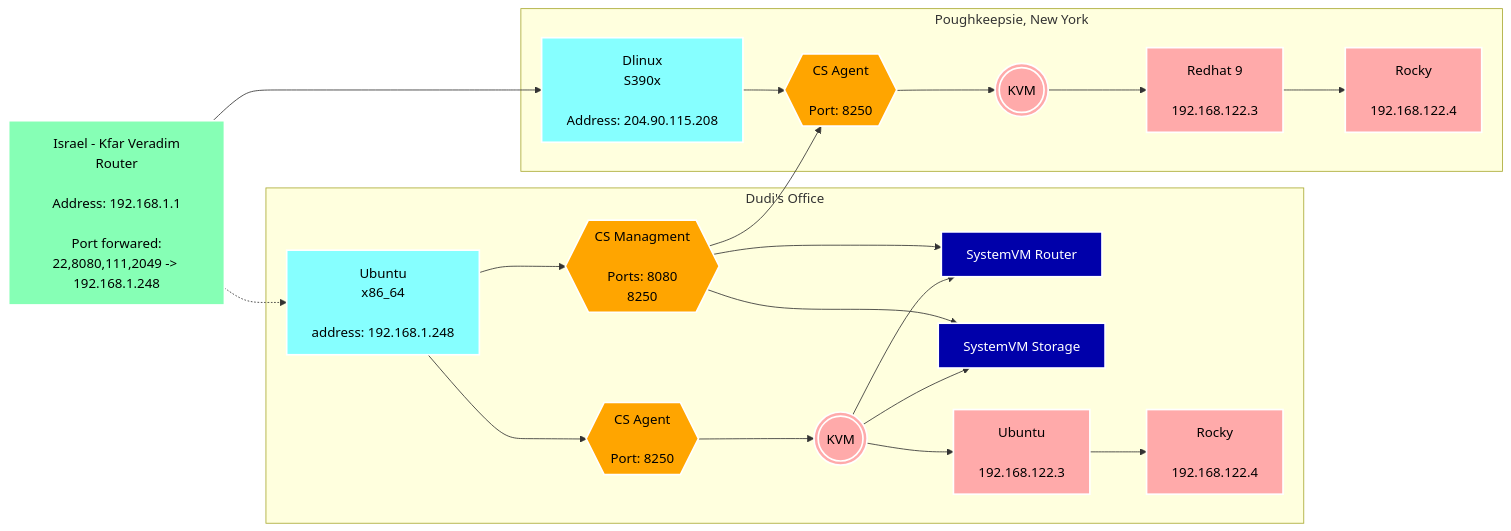
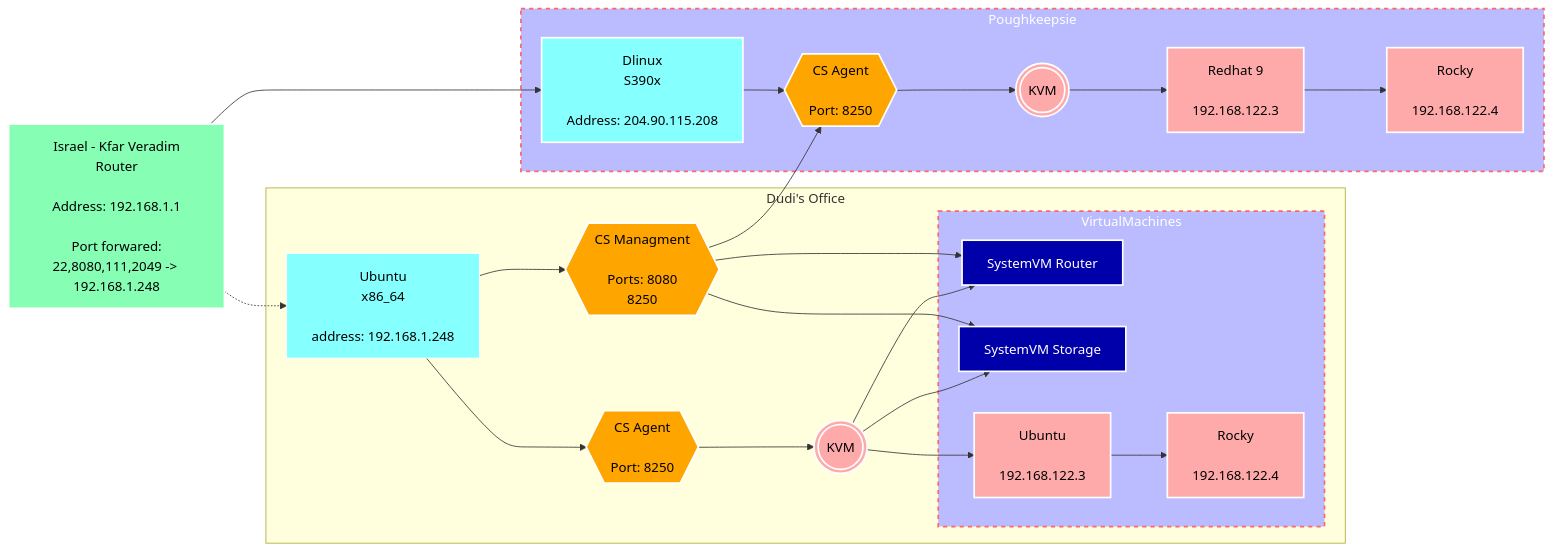
Before and after one commit to davidb-logon/scripts: the first of 2 diagrams in README.md, drawn with Mermaid. The commit also changed other lines of this file and 2 other files, not shown here.

````diff
--- a/README.md
+++ b/README.md
@@ -3,56 +3,60 @@
 ```mermaid
-
 flowchart LR
   node_1["Israel - Kfar Veradim\nRouter\n\nAddress: 192.168.1.1\n\nPort forwared:\n22,8080,111,2049 -#gt; 192.168.1.248"]
 
   subgraph Dudi's Office
     node_2["Ubuntu\nx86_64\n\naddress: 192.168.1.248"]
     node_4((("KVM")))
-    node_6["SystemVM Router"]
-    node_7["SystemVM Storage"]
     node_14{{"CS Managment\n\nPorts: 8080\n8250"}}
     node_15{{"CS Agent\n\nPort: 8250"}}
-    node_8["Ubuntu\n\n192.168.122.3"]
-    node_12["Rocky\n\n192.168.122.4"]
+ 
+    subgraph VirtualMachines
+      node_6["SystemVM Router"]
+      node_7["SystemVM Storage"]
+      node_8["Ubuntu\n\n192.168.122.3"]
+      node_12["Rocky\n\n192.168.122.4"]
+    end
   end
 
-  subgraph "Poughkeepsie, New York"
+  subgraph Poughkeepsie
     node_3["Dlinux\nS390x\n\nAddress: 204.90.115.208"]
     node_11["Redhat 9\n\n192.168.122.3"]
     node_13["Rocky\n\n192.168.122.4"]
     node_5((("KVM")))
     node_16{{"CS Agent\n\nPort: 8250"}}
   end
-    
+ style Poughkeepsie fill:#bbf,stroke:#f66,stroke-width:2px,color:#fff,stroke-dasharray: 5 5    
+ style VirtualMachines fill:#bbf,stroke:#f66,stroke-width:2px,color:#fff,stroke-dasharray: 5 5    
+ 
   node_1 -.-> node_2
   node_1 --> node_3
   node_4 --> node_6
   node_4 --> node_7
   node_4 --> node_8
   node_5 --> node_11
   node_8 --> node_12
   node_11 --> node_13
   node_2 --> node_14
   node_14 --> node_6
   node_14 --> node_7
   node_14 --> node_16
   node_2 --> node_15
   node_15 --> node_4
   node_3 --> node_16
   node_16 --> node_5
   style node_1 fill:#86FFB5,color:#000,stroke:#fff,stroke-width:2px
-  style node_2 fill:#86FFff,color:#000,stroke:#fff,stroke-width:2px
+  style node_2 fill:#86FFff,color:#000,stroke:#fff,vstroke-width:2px
   style node_3 fill:#86FFff,color:#000,stroke:#fff,stroke-width:2px
   style node_4 fill:#ffaaaa,color:#000,stroke:#fff,stroke-width:2px
   style node_5 fill:#ffaaaa,color:#000,stroke:#fff,stroke-width:2px
   style node_6 fill:#0000aa,color:#fff,stroke:#fff,stroke-width:2px
   style node_7 fill:#0000aa,color:#fff,stroke:#fff,stroke-width:2px
   style node_8 fill:#ffaaaa,color:#000,stroke:#fff,stroke-width:2px
   style node_11 fill:#ffaaaa,color:#000,stroke:#fff,stroke-width:2px
   style node_12 fill:#ffaaaa,color:#000,stroke:#fff,stroke-width:2px
   style node_13 fill:#ffaaaa,color:#000,stroke:#fff,stroke-width:2px
   style node_14 fill:orange,color:#000,stroke:#fff,stroke-width:2px
   style node_15 fill:orange,color:#000,stroke:#fff,stroke-width:2px
   style node_16 fill:orange,color:#000,stroke:#fff,stroke-width:2px
 
 ```
````
